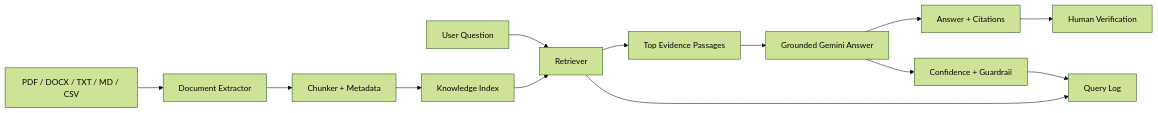
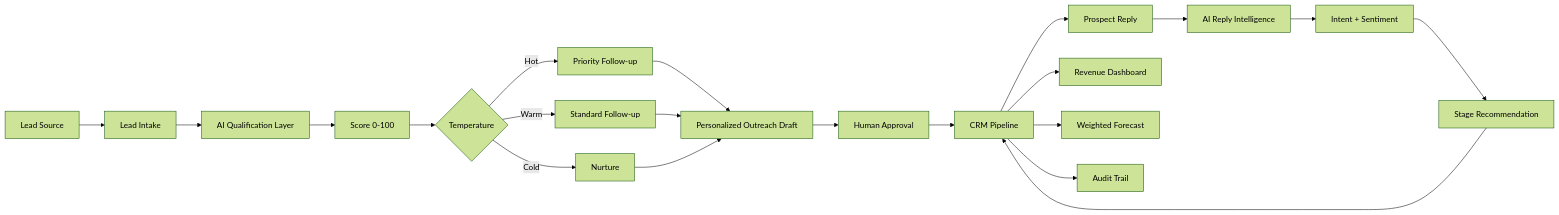
Before and after one commit to snehamanjunathcse-coder/ai-crm-revenue-automation-engine: the diagram in ARCHITECTURE.md, drawn with Mermaid (forest theme). The commit also changed other lines of this file and 9 other files, not shown here.

````diff
--- a/ARCHITECTURE.md
+++ b/ARCHITECTURE.md
@@ -3,15 +3,23 @@
 ```mermaid
 flowchart LR
-    A[PDF / DOCX / TXT / MD / CSV] --> B[Document Extractor]
-    B --> C[Chunker + Metadata]
-    C --> D[Knowledge Index]
-    E[User Question] --> F[Retriever]
-    D --> F
-    F --> G[Top Evidence Passages]
-    G --> H[Grounded Gemini Answer]
-    H --> I[Answer + Citations]
-    H --> J[Confidence + Guardrail]
-    I --> K[Human Verification]
-    J --> L[Query Log]
-    F --> L
+    A[Lead Source] --> B[Lead Intake]
+    B --> C[AI Qualification Layer]
+    C --> D[Score 0-100]
+    D --> E{Temperature}
+    E -->|Hot| F[Priority Follow-up]
+    E -->|Warm| G[Standard Follow-up]
+    E -->|Cold| H[Nurture]
+    F --> I[Personalized Outreach Draft]
+    G --> I
+    H --> I
+    I --> J[Human Approval]
+    J --> K[CRM Pipeline]
+    K --> L[Prospect Reply]
+    L --> M[AI Reply Intelligence]
+    M --> N[Intent + Sentiment]
+    N --> O[Stage Recommendation]
+    O --> K
+    K --> P[Revenue Dashboard]
+    K --> Q[Weighted Forecast]
+    K --> R[Audit Trail]
 ```
````
